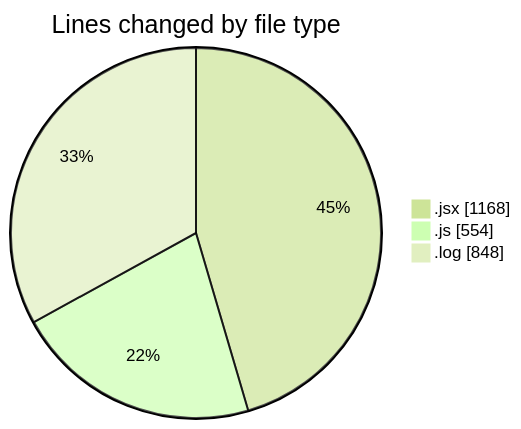
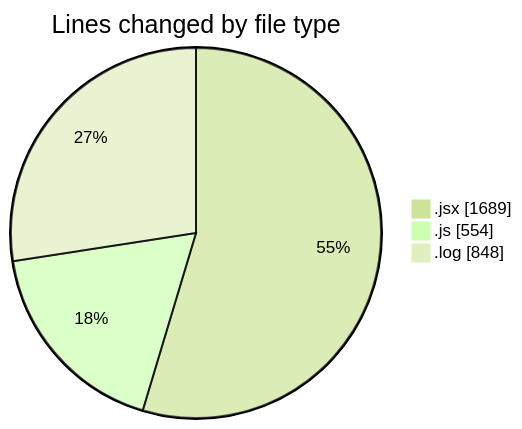
One commit to nxtqubesakshisongat/code-tracking changed the first of 2 diagrams in 2025-12-14/nxtqube_webapp/README.md. Above: the diagram before and after it, drawn with Mermaid (forest theme). The commit also changed other lines of this file and 1 other file, not shown here.

````diff
--- a/2025-12-14/nxtqube_webapp/README.md
+++ b/2025-12-14/nxtqube_webapp/README.md
@@ -30,7 +31,7 @@
 ```mermaid
 pie showData
 title Lines changed by file type
-".jsx" : 1168
+".jsx" : 1689
 ".js" : 554
 ".log" : 848
 ```
````
